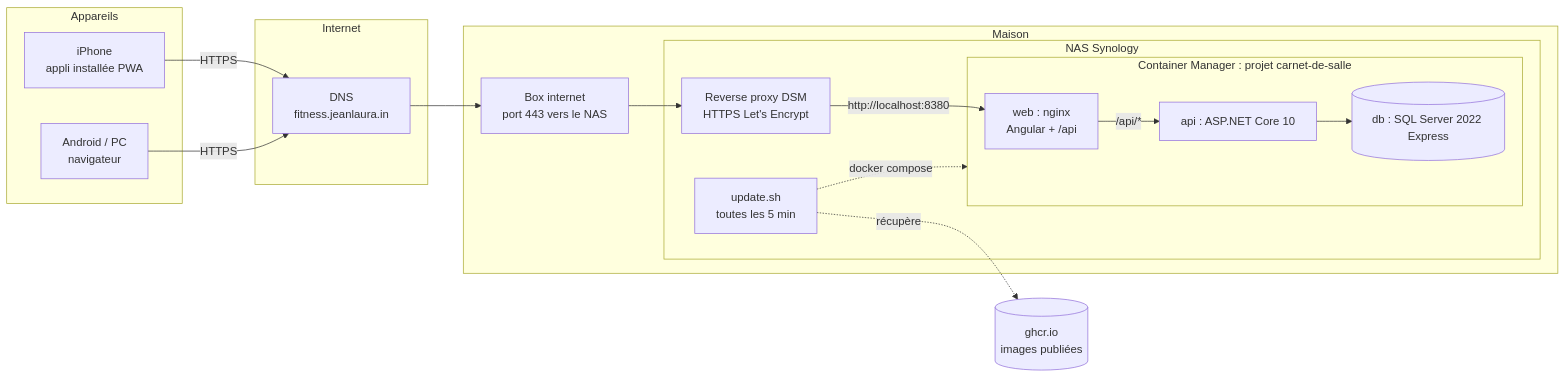
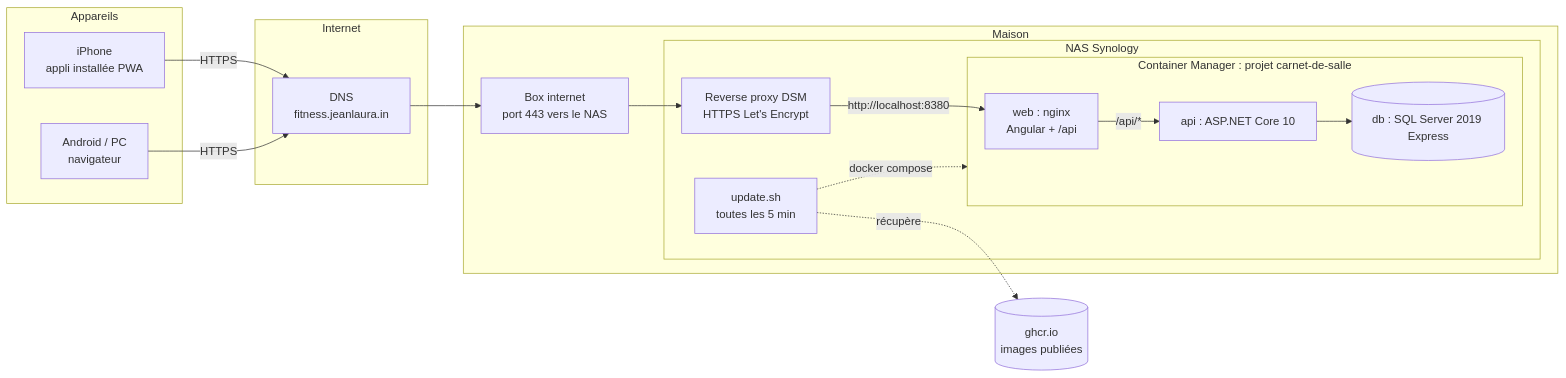
Before and after one commit to JeanLaurain/carnet-de-salle: the first of 2 diagrams in docs/architecture.md, drawn with Mermaid. The commit also changed other lines of this file and 11 other files, not shown here.

First line of the commit message:
SQL Server 2019, la seule version qui tient sur le NAS (#61)

````diff
--- a/docs/architecture.md
+++ b/docs/architecture.md
@@ -5,27 +5,27 @@
 ```mermaid
 flowchart LR
     subgraph Appareils
       I[iPhone<br/>appli installée PWA]
       A[Android / PC<br/>navigateur]
     end
     subgraph Internet
       DNS[DNS<br/>fitness.jeanlaura.in]
     end
     subgraph Maison
       BOX[Box internet<br/>port 443 vers le NAS]
       subgraph NAS[NAS Synology]
         RP[Reverse proxy DSM<br/>HTTPS Let's Encrypt]
         subgraph Docker[Container Manager : projet carnet-de-salle]
           WEB[web : nginx<br/>Angular + /api]
           API[api : ASP.NET Core 10]
-          DB[(db : SQL Server 2022 Express)]
+          DB[(db : SQL Server 2019 Express)]
         end
         UPD[update.sh<br/>toutes les 5 min]
       end
     end
     GHCR[(ghcr.io<br/>images publiées)]
     I & A -->|HTTPS| DNS --> BOX --> RP -->|http://localhost:8380| WEB
     WEB -->|/api/*| API --> DB
     UPD -.->|docker compose| Docker
     UPD -.->|récupère| GHCR
 ```
````
